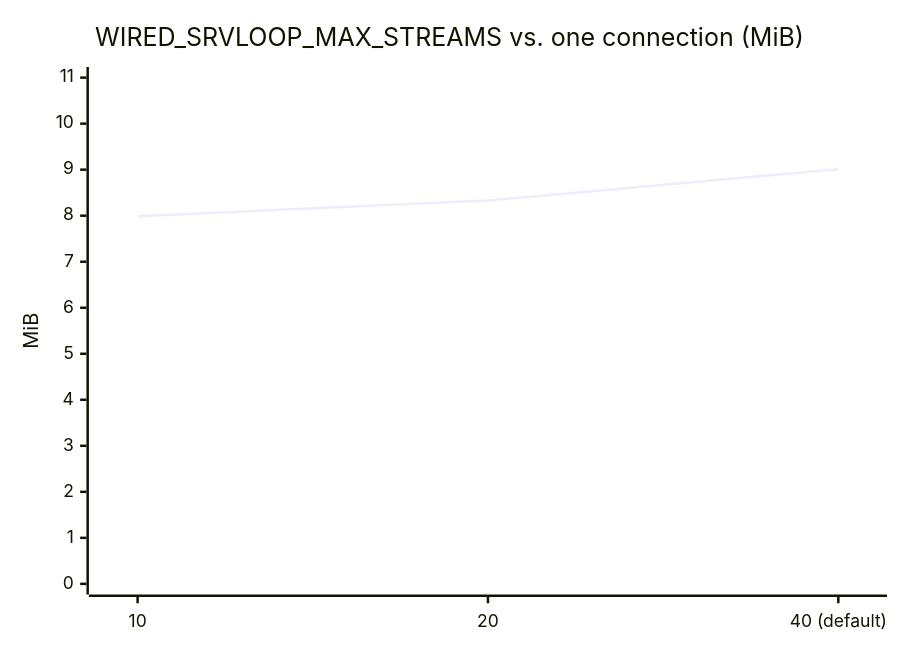
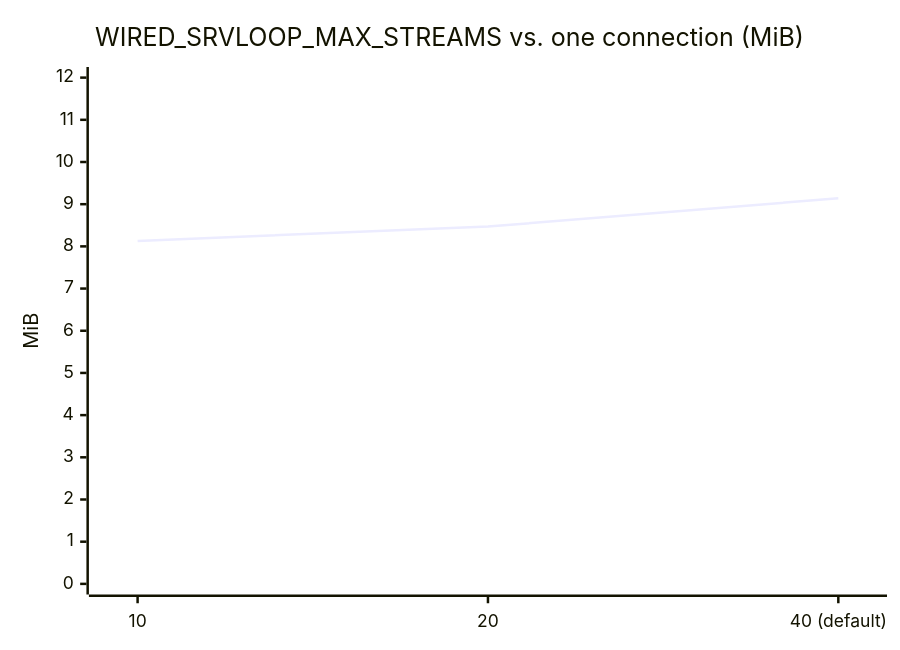
The fifth of 9 diagrams in docs/architecture/memory.md (Hakkadaikon/wired), drawn with Mermaid before and after one commit. The commit also changed other lines of this file and 5 other files, not shown here.

````diff
--- a/docs/architecture/memory.md
+++ b/docs/architecture/memory.md
@@ -114,7 +114,7 @@
 ```mermaid
 xychart-beta
     title "WIRED_SRVLOOP_MAX_STREAMS vs. one connection (MiB)"
     x-axis ["10", "20", "40 (default)"]
-    y-axis "MiB" 0 --> 11
-    line [7.99, 8.33, 9.01]
+    y-axis "MiB" 0 --> 12
+    line [8.13, 8.47, 9.14]
 ```
````
